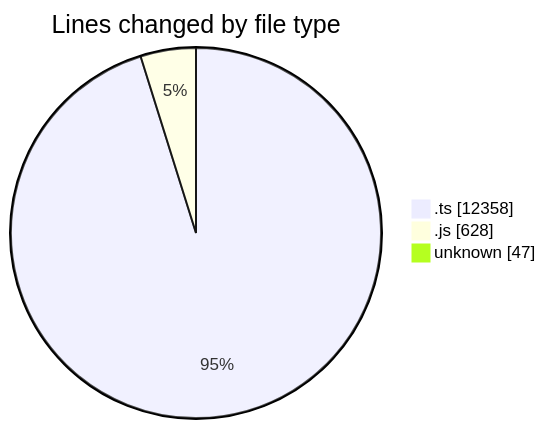
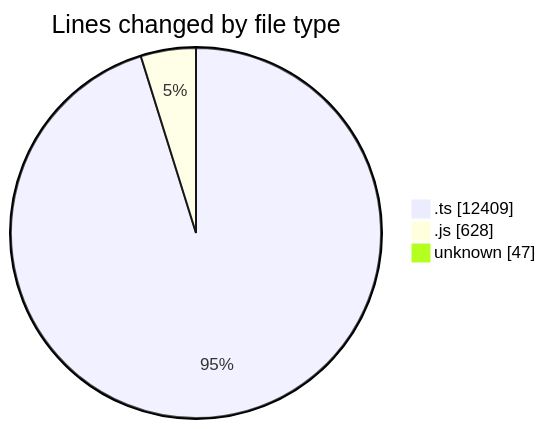
The first of 2 diagrams in 2025-09-05/cda/README.md (momahboobian/code-tracking), drawn with Mermaid before and after one commit. The commit also changed other lines of this file and 1 other file, not shown here.

````diff
--- a/2025-09-05/cda/README.md
+++ b/2025-09-05/cda/README.md
@@ -25,7 +25,7 @@
 ```mermaid
 pie showData
 title Lines changed by file type
-".ts" : 12358
+".ts" : 12409
 ".js" : 628
 "unknown" : 47
 ```
````
